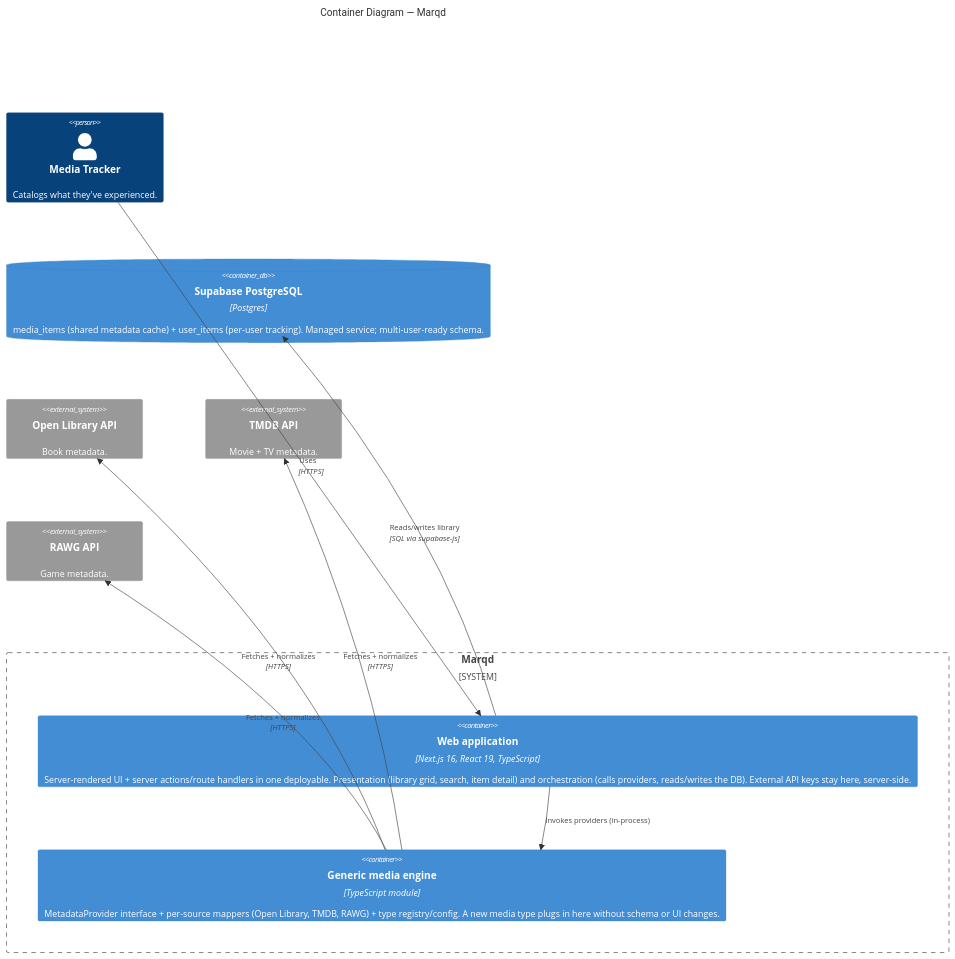
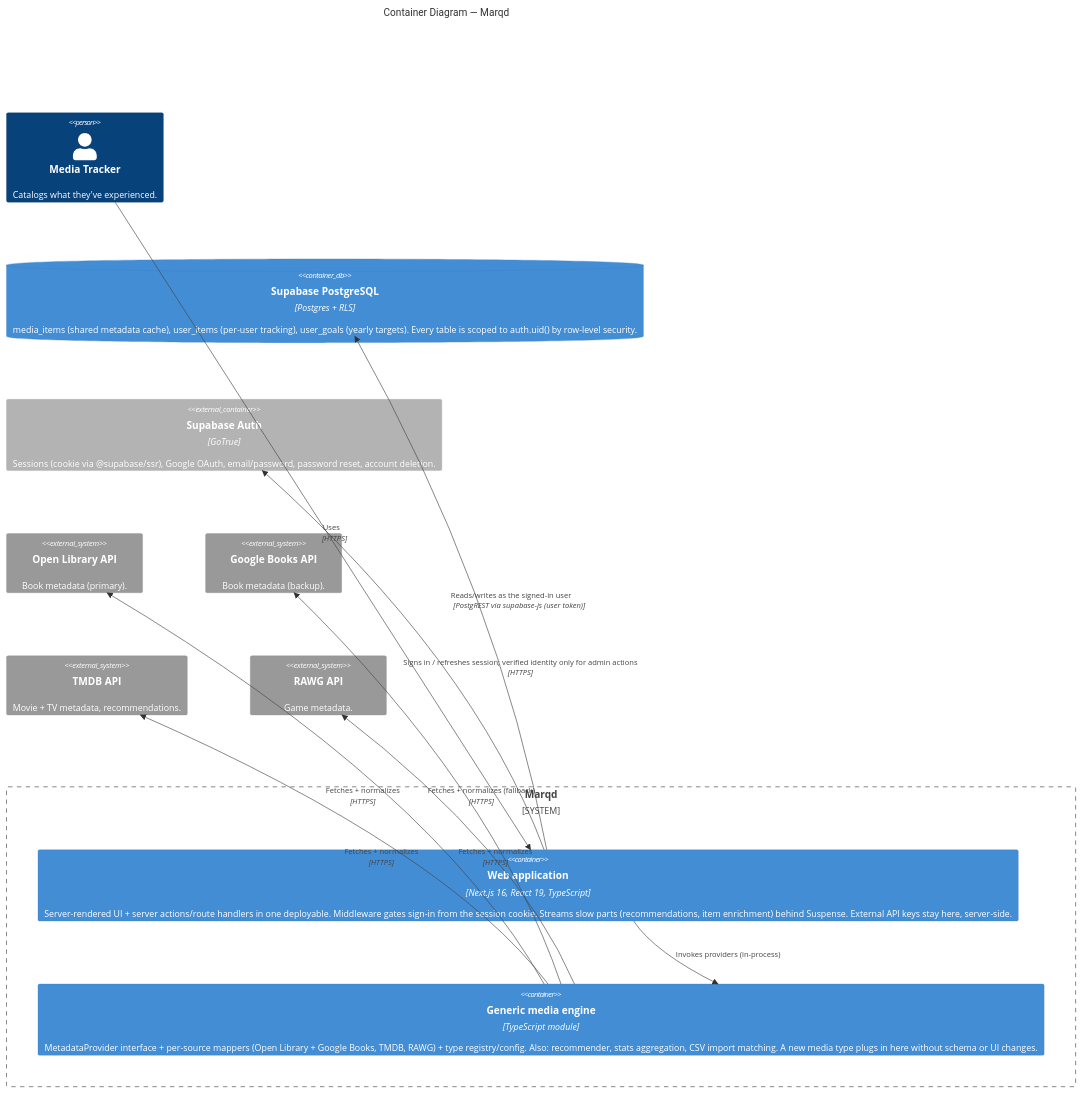
Before and after one commit to lam-andrew/media-tracker: the second of 2 diagrams in docs/architecture.md, drawn with Mermaid. The commit also changed other lines of this file and 4 other files, not shown here.

First line of the commit message:
docs: bring README, CLAUDE.md status, and C4 diagrams up to date; ADR 0012

````diff
--- a/docs/architecture.md
+++ b/docs/architecture.md
@@ -62,27 +71,31 @@
 ```mermaid
 C4Container
     title Container Diagram — Marqd
 
     Person(user, "Media Tracker", "Catalogs what they've experienced.")
 
     System_Boundary(marqd, "Marqd") {
-        Container(webapp, "Web application", "Next.js 16, React 19, TypeScript", "Server-rendered UI + server actions/route handlers in one deployable. Presentation (library grid, search, item detail) and orchestration (calls providers, reads/writes the DB). External API keys stay here, server-side.")
+        Container(webapp, "Web application", "Next.js 16, React 19, TypeScript", "Server-rendered UI + server actions/route handlers in one deployable. Middleware gates sign-in from the session cookie. Streams slow parts (recommendations, item enrichment) behind Suspense. External API keys stay here, server-side.")
 
-        Container(engine, "Generic media engine", "TypeScript module", "MetadataProvider interface + per-source mappers (Open Library, TMDB, RAWG) + type registry/config. A new media type plugs in here without schema or UI changes.")
+        Container(engine, "Generic media engine", "TypeScript module", "MetadataProvider interface + per-source mappers (Open Library + Google Books, TMDB, RAWG) + type registry/config. Also: recommender, stats aggregation, CSV import matching. A new media type plugs in here without schema or UI changes.")
     }
 
-    ContainerDb(db, "Supabase PostgreSQL", "Postgres", "media_items (shared metadata cache) + user_items (per-user tracking). Managed service; multi-user-ready schema.")
+    ContainerDb(db, "Supabase PostgreSQL", "Postgres + RLS", "media_items (shared metadata cache), user_items (per-user tracking), user_goals (yearly targets). Every table is scoped to auth.uid() by row-level security.")
+    Container_Ext(auth, "Supabase Auth", "GoTrue", "Sessions (cookie via @supabase/ssr), Google OAuth, email/password, password reset, account deletion.")
 
-    System_Ext(openlibrary, "Open Library API", "Book metadata.")
-    System_Ext(tmdb, "TMDB API", "Movie + TV metadata.")
+    System_Ext(openlibrary, "Open Library API", "Book metadata (primary).")
+    System_Ext(googlebooks, "Google Books API", "Book metadata (backup).")
+    System_Ext(tmdb, "TMDB API", "Movie + TV metadata, recommendations.")
     System_Ext(rawg, "RAWG API", "Game metadata.")
 
     Rel(user, webapp, "Uses", "HTTPS")
     Rel(webapp, engine, "Invokes providers (in-process)")
-    Rel(webapp, db, "Reads/writes library", "SQL via supabase-js")
+    Rel(webapp, db, "Reads/writes as the signed-in user", "PostgREST via supabase-js (user token)")
+    Rel(webapp, auth, "Signs in / refreshes session; verified identity only for admin actions", "HTTPS")
     Rel(engine, openlibrary, "Fetches + normalizes", "HTTPS")
+    Rel(engine, googlebooks, "Fetches + normalizes (fallback)", "HTTPS")
     Rel(engine, tmdb, "Fetches + normalizes", "HTTPS")
     Rel(engine, rawg, "Fetches + normalizes", "HTTPS")
 
     UpdateLayoutConfig($c4ShapeInRow="2", $c4BoundaryInRow="1")
 ```
````
